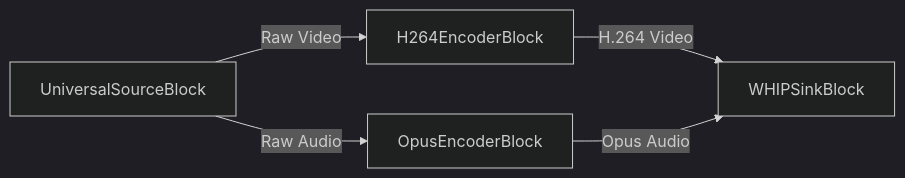
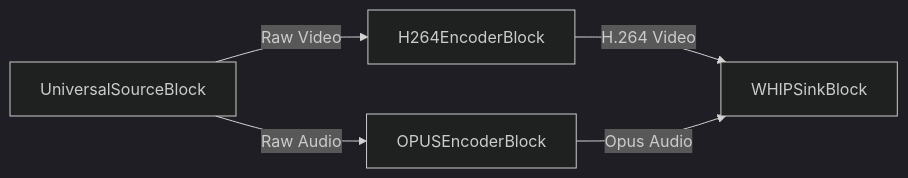
Diagram 23 of 29 in dotnet/mediablocks/Sinks/index.md (visioforge/help), drawn with Mermaid (dark theme) before and after one commit. The commit also changed other lines of this file and 815 other files, not shown here.

````diff
--- a/dotnet/mediablocks/Sinks/index.md
+++ b/dotnet/mediablocks/Sinks/index.md
@@ -1660,7 +1665,7 @@
 ```mermaid
 graph LR;
     UniversalSourceBlock -- Raw Video --> H264EncoderBlock;
-    UniversalSourceBlock -- Raw Audio --> OpusEncoderBlock;
+    UniversalSourceBlock -- Raw Audio --> OPUSEncoderBlock;
     H264EncoderBlock -- H.264 Video --> WHIPSinkBlock;
-    OpusEncoderBlock -- Opus Audio --> WHIPSinkBlock;
+    OPUSEncoderBlock -- Opus Audio --> WHIPSinkBlock;
 ```
````
